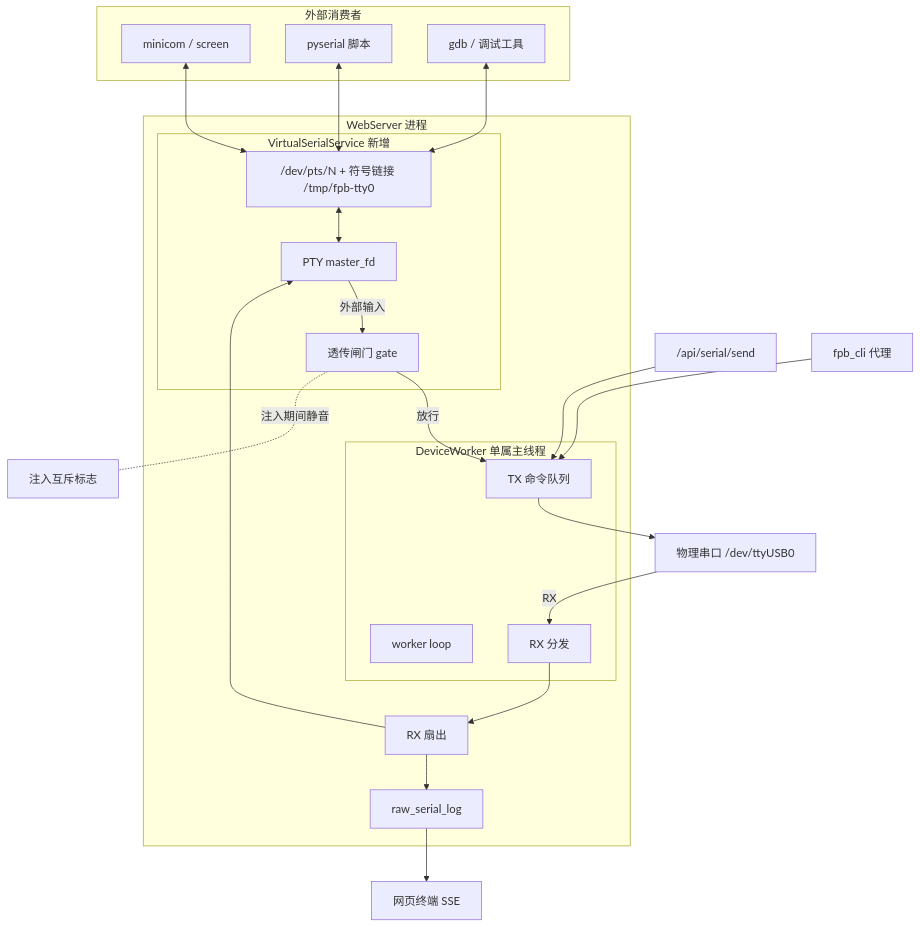
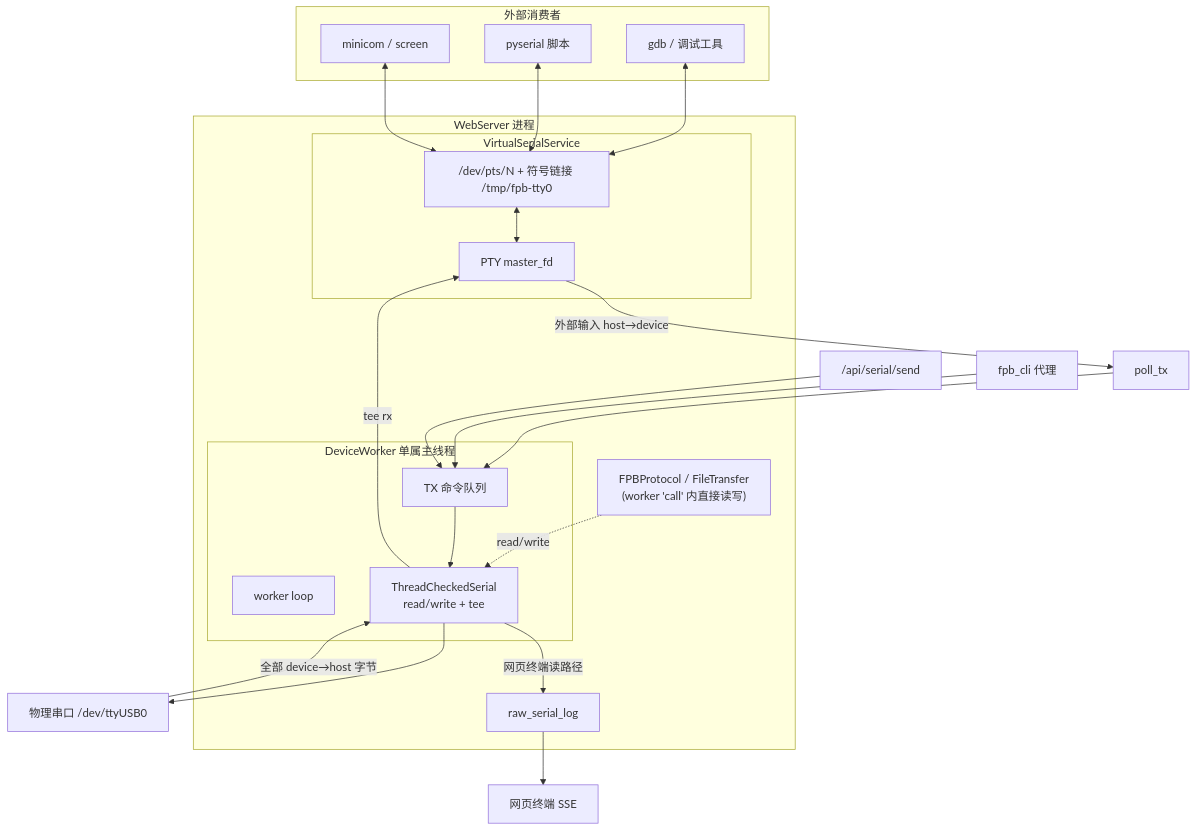
One commit to FASTSHIFT/FPBInject changed the second of 5 diagrams in Tools/WebServer/docs/virtual-serial-passthrough-design.md. Above: the diagram before and after it, drawn with Mermaid. The commit also changed other lines of this file and 10 other files, not shown here.

````diff
--- a/Tools/WebServer/docs/virtual-serial-passthrough-design.md
+++ b/Tools/WebServer/docs/virtual-serial-passthrough-design.md
@@ -84,46 +84,44 @@
 ```mermaid
 flowchart TB
     subgraph EXT[外部消费者]
         MINICOM[minicom / screen]
         PYS[pyserial 脚本]
         GDB[gdb / 调试工具]
     end
 
     subgraph WS[WebServer 进程]
-        subgraph VSP[VirtualSerialService 新增]
+        subgraph VSP[VirtualSerialService]
             PTY["PTY master_fd"]
             SLAVE["/dev/pts/N + 符号链接 /tmp/fpb-tty0"]
-            GATE[透传闸门 gate]
         end
 
         subgraph Worker[DeviceWorker 单属主线程]
             LOOP[worker loop]
-            RX[RX 分发]
+            TCS["ThreadCheckedSerial<br/>read/write + tee"]
             TXQ[TX 命令队列]
         end
 
-        FANOUT[RX 扇出]
         RAWLOG[raw_serial_log]
+        PROTO["FPBProtocol / FileTransfer<br/>(worker 'call' 内直接读写)"]
     end
 
     SER["物理串口 /dev/ttyUSB0"]
 
     MINICOM <--> SLAVE
     PYS <--> SLAVE
     GDB <--> SLAVE
     SLAVE <--> PTY
 
-    SER -- RX --> RX
-    RX --> FANOUT
-    FANOUT --> RAWLOG
-    FANOUT --> PTY
+    SER -- 全部 device→host 字节 --> TCS
+    TCS -- tee rx --> PTY
+    TCS -- 网页终端读路径 --> RAWLOG
     RAWLOG --> WEBTERM[网页终端 SSE]
+    PROTO -. read/write .-> TCS
 
-    PTY -- 外部输入 --> GATE
-    GATE -- 放行 --> TXQ
+    PTY -- 外部输入 host→device --> POLL[poll_tx]
+    POLL --> TXQ
     WEBSEND["/api/serial/send"] --> TXQ
     CLI[fpb_cli 代理] --> TXQ
-    TXQ --> SER
-
-    GATE -. 注入期间静音 .- INJLOCK[注入互斥标志]
+    TXQ --> TCS
+    TCS --> SER
 ```
````
